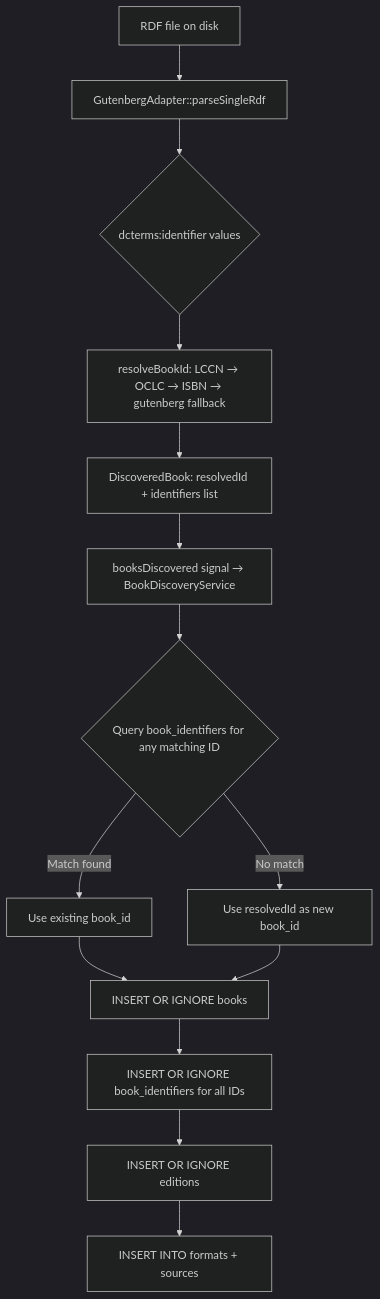
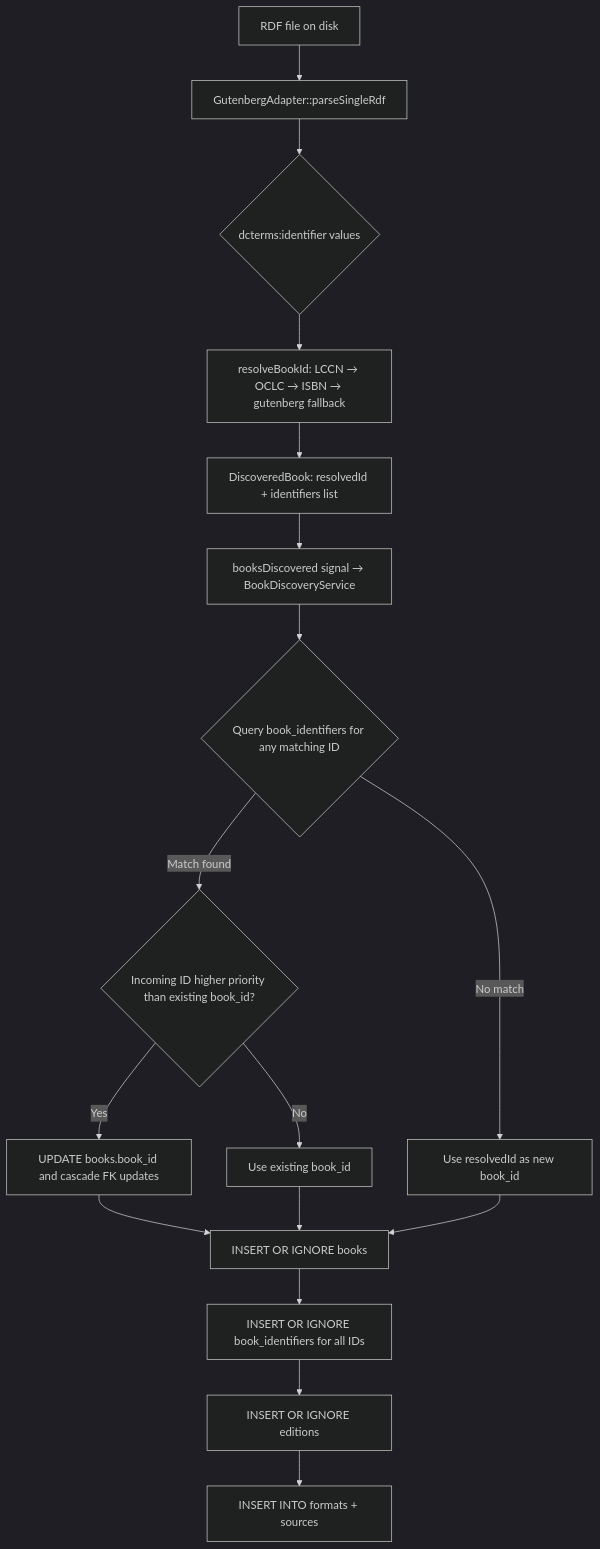
One commit to david-wies/Book-App changed the diagram in docs/design/book-identity-model.md. Above: the diagram before and after it, drawn with Mermaid (dark theme). The commit also changed other lines of this file and 3 other files, not shown here.

````diff
--- a/docs/design/book-identity-model.md
+++ b/docs/design/book-identity-model.md
@@ -386,16 +398,19 @@
 ```mermaid
 flowchart TD
     A[RDF file on disk] --> B[GutenbergAdapter::parseSingleRdf]
     B --> C{dcterms:identifier values}
     C --> D[resolveBookId: LCCN → OCLC → ISBN → gutenberg fallback]
     D --> E[DiscoveredBook: resolvedId + identifiers list]
     E --> F[booksDiscovered signal → BookDiscoveryService]
     F --> G{Query book_identifiers for any matching ID}
-    G -->|Match found| H[Use existing book_id]
-    G -->|No match| I[Use resolvedId as new book_id]
-    H --> J[INSERT OR IGNORE books]
-    I --> J
-    J --> K[INSERT OR IGNORE book_identifiers for all IDs]
-    K --> L[INSERT OR IGNORE editions]
-    L --> M[INSERT INTO formats + sources]
+    G -->|Match found| H{Incoming ID higher priority than existing book_id?}
+    H -->|Yes| I[UPDATE books.book_id and cascade FK updates]
+    H -->|No| J[Use existing book_id]
+    G -->|No match| K[Use resolvedId as new book_id]
+    I --> L[INSERT OR IGNORE books]
+    J --> L
+    K --> L
+    L --> M[INSERT OR IGNORE book_identifiers for all IDs]
+    M --> N[INSERT OR IGNORE editions]
+    N --> O[INSERT INTO formats + sources]
 ```
````
